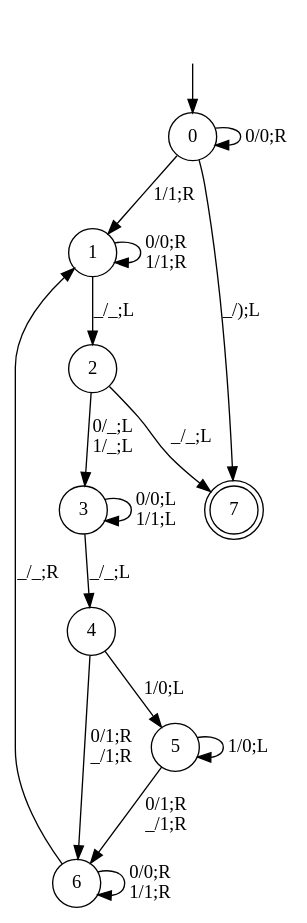
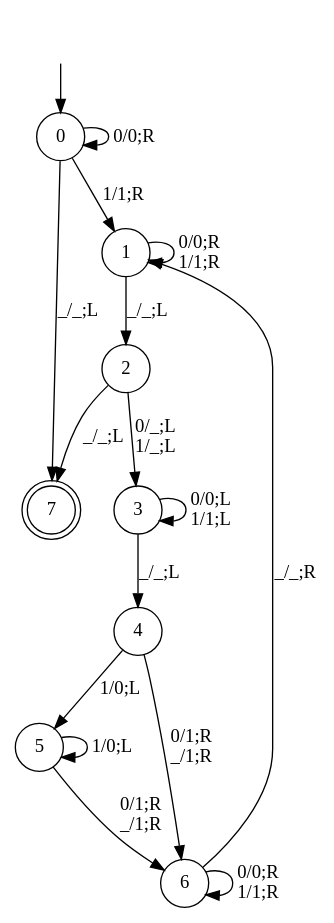
The diagram in bit_counter.dot (mocoso/computationbook), drawn with Graphviz before and after one commit. The commit also changed 3 other files, not shown here.

```diff
--- a/bit_counter.dot
+++ b/bit_counter.dot
@@ -1,28 +1,22 @@
 digraph bit_counter {
+  node [shape=circle]
   "" [shape=none]
-  "0" [shape=circle]
-  "1" [shape=circle]
-  "2" [shape=circle]
-  "3" [shape=circle]
-  "4" [shape=circle]
-  "5" [shape=circle]
-  "6" [shape=circle]
   "7" [shape=doublecircle]
 
   "" -> "0"
   "0" -> "0" [label="0/0;R"]
   "0" -> "1" [label="1/1;R"]
-  "0" -> "7" [label="_/);L"]
+  "0" -> "7" [label="_/_;L"]
   "1" -> "1" [label="0/0;R\n1/1;R"]
   "1" -> "2" [label="_/_;L"]
   "2" -> "3" [label="0/_;L\n1/_;L"]
   "2" -> "7" [label="_/_;L"]
   "3" -> "3" [label="0/0;L\n1/1;L"]
   "3" -> "4" [label="_/_;L"]
   "4" -> "5" [label="1/0;L"]
   "4" -> "6" [label="0/1;R\n_/1;R"]
   "5" -> "5" [label="1/0;L"]
   "5" -> "6" [label="0/1;R\n_/1;R"]
   "6" -> "6" [label="0/0;R\n1/1;R"]
   "6" -> "1" [label="_/_;R"]
 }
```
